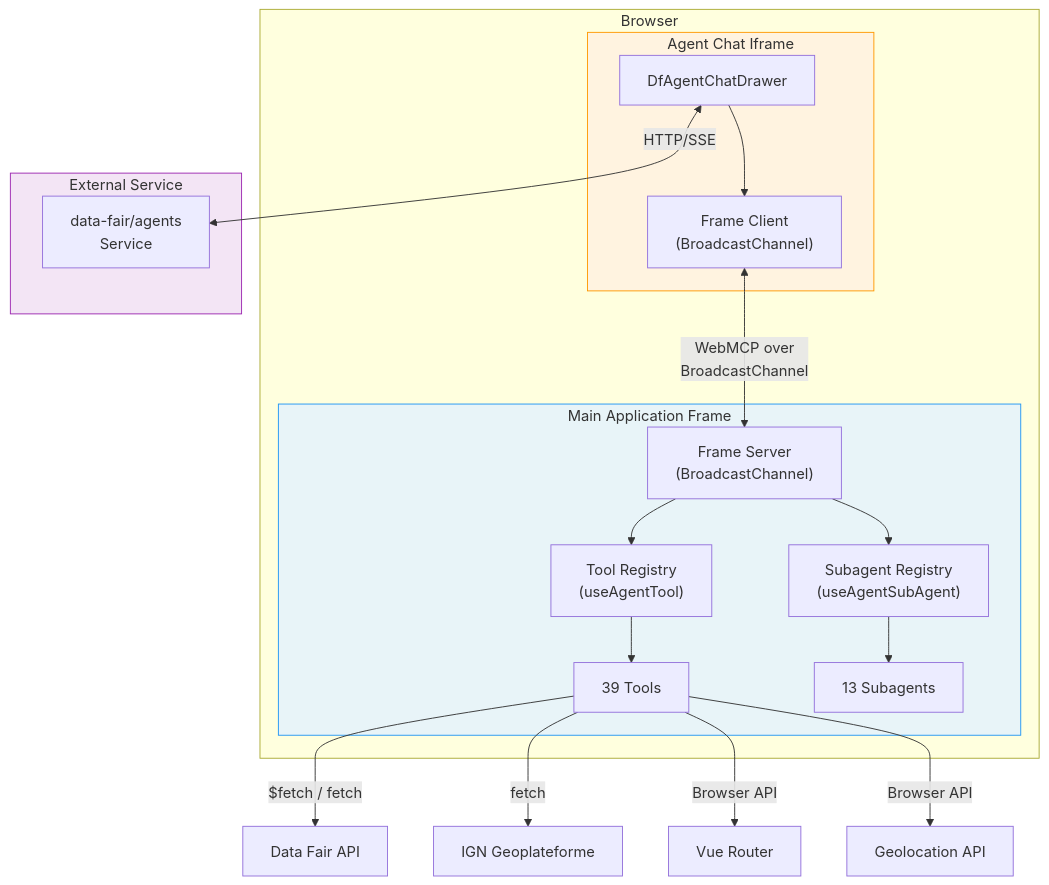
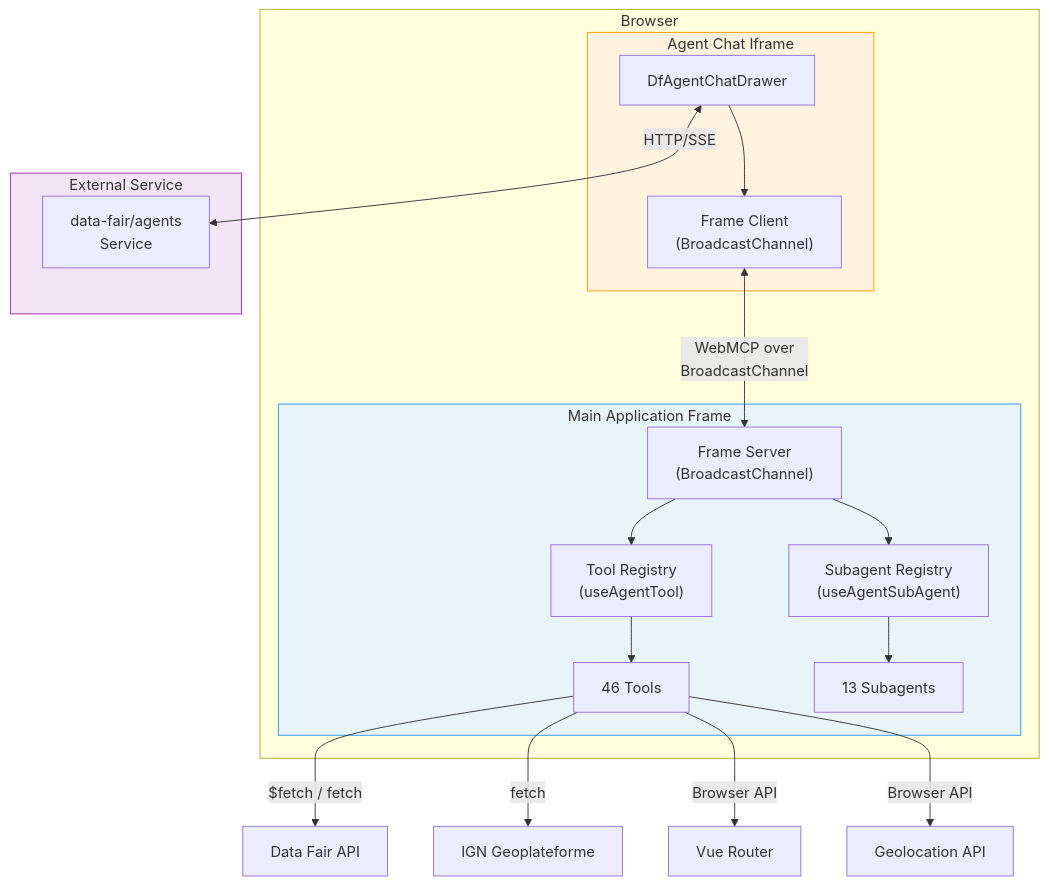
The first of 3 diagrams in docs/architecture/agent-integration.md (data-fair/data-fair), drawn with Mermaid before and after one commit. The commit also changed other lines of this file and 2 other files, not shown here.

Commit message:
fix(docs): reconcile tool/subagent/action-button totals, strengthen searchTerms test
- agent-integration.md: the "39 tools" figure (overview bullet + mermaid
  node) contradicted the §5 table, which the same diff had already grown
  to 46 rows. Both occurrences now read 46, derived by counting §5 table
  rows directly rather than guessing.
- agent-integration-gaps.md: its Total line still said 37 tools / 10
  subagents / 12 action buttons, disagreeing with agent-integration.md.
  Updated to 46 / 13 / 20 — tools and subagents match the agent-
  integration.md table counts, action buttons counted by grepping
  `action-id=` usages in ui/src (20 distinct ids, no duplicates).
- dataset-metadata-tools.unit.spec.ts: the searchTerms "disabled" rejection
  sub-case only checked the status, unlike the pre-existing keywords test
  which also checks the reason mentions "disabled". Added the matching
  assertion.

````diff
--- a/docs/architecture/agent-integration.md
+++ b/docs/architecture/agent-integration.md
@@ -31,34 +31,34 @@
 ```mermaid
 graph TB
     subgraph Browser
         subgraph MainFrame["Main Application Frame"]
             FS["Frame Server<br/>(BroadcastChannel)"]
             TR["Tool Registry<br/>(useAgentTool)"]
             SR["Subagent Registry<br/>(useAgentSubAgent)"]
-            Tools["39 Tools"]
+            Tools["46 Tools"]
             SubAgents["13 Subagents"]
             TR --> Tools
             SR --> SubAgents
             FS --> TR
             FS --> SR
         end
         subgraph ChatIframe["Agent Chat Iframe"]
             CD["DfAgentChatDrawer"]
             FC["Frame Client<br/>(BroadcastChannel)"]
             CD --> FC
         end
         FC <-->|"WebMCP over<br/>BroadcastChannel"| FS
     end
     subgraph External["External Service"]
         AS["data-fair/agents<br/>Service"]
     end
     CD <-->|"HTTP/SSE"| AS
     Tools -->|"$fetch / fetch"| API["Data Fair API"]
     Tools -->|"fetch"| GEO["IGN Geoplateforme"]
     Tools -->|"Browser API"| NAV["Vue Router"]
     Tools -->|"Browser API"| GEOLOC["Geolocation API"]
 
     style MainFrame fill:#e8f4f8,stroke:#2196F3
     style ChatIframe fill:#fff3e0,stroke:#FF9800
     style External fill:#f3e5f5,stroke:#9C27B0
 ```
````
